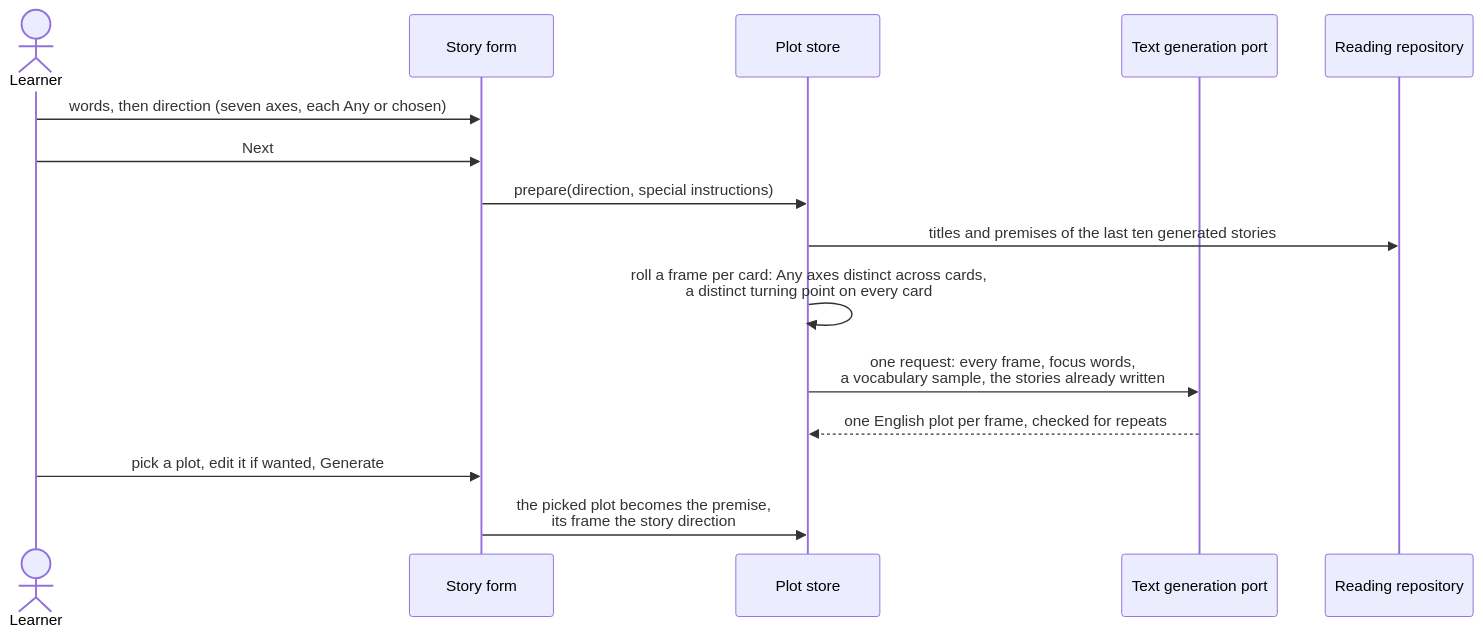
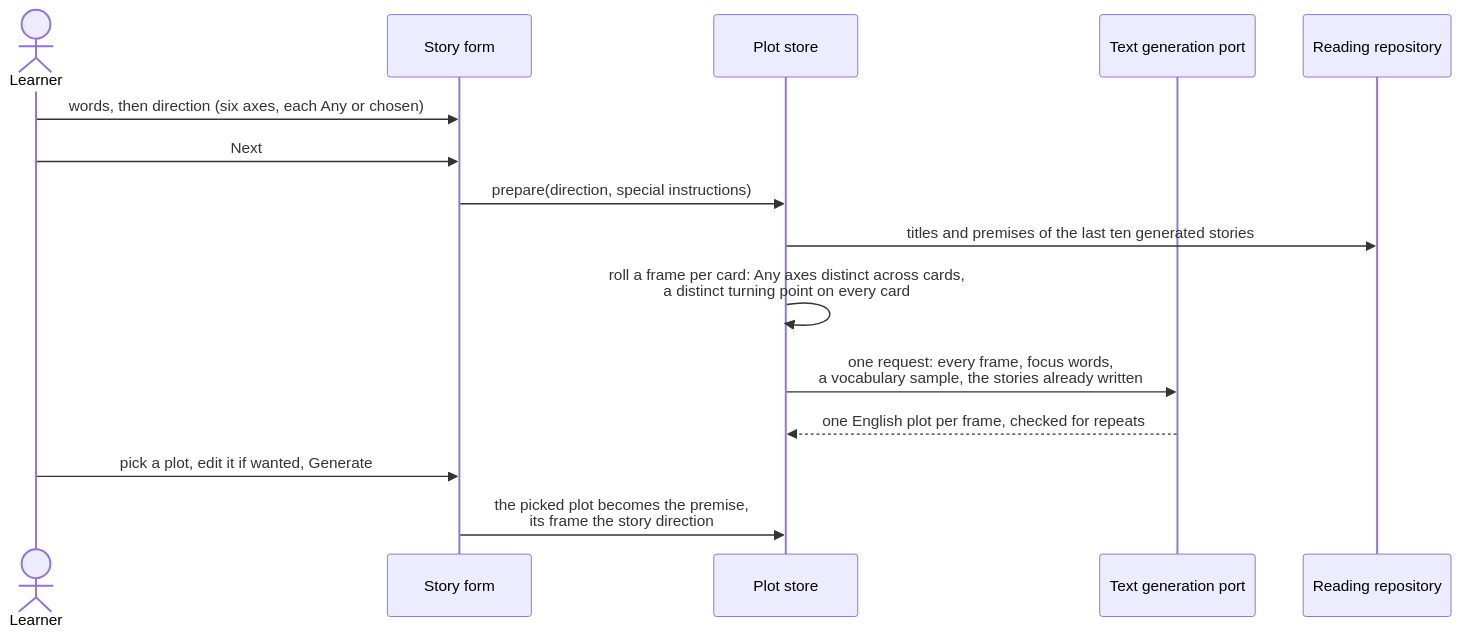
Before and after one commit to tobiaslrn/monosai: the third of 8 diagrams in docs/arc42/06-runtime-view.md, drawn with Mermaid. The commit also changed other lines of this file and 22 other files, not shown here.

First line of the commit message:
feat(generate): regroup story direction into six distinct axes

````diff
--- a/docs/arc42/06-runtime-view.md
+++ b/docs/arc42/06-runtime-view.md
@@ -87,18 +87,18 @@
 ```mermaid
 sequenceDiagram
     actor Learner
     participant Form as Story form
     participant Plots as Plot store
     participant Provider as Text generation port
     participant Repo as Reading repository
 
-    Learner->>Form: words, then direction (seven axes, each Any or chosen)
+    Learner->>Form: words, then direction (six axes, each Any or chosen)
     Learner->>Form: Next
     Form->>Plots: prepare(direction, special instructions)
     Plots->>Repo: titles and premises of the last ten generated stories
     Plots->>Plots: roll a frame per card: Any axes distinct across cards,<br/>a distinct turning point on every card
     Plots->>Provider: one request: every frame, focus words,<br/>a vocabulary sample, the stories already written
     Provider-->>Plots: one English plot per frame, checked for repeats
     Learner->>Form: pick a plot, edit it if wanted, Generate
     Form->>Plots: the picked plot becomes the premise,<br/>its frame the story direction
 ```
````
